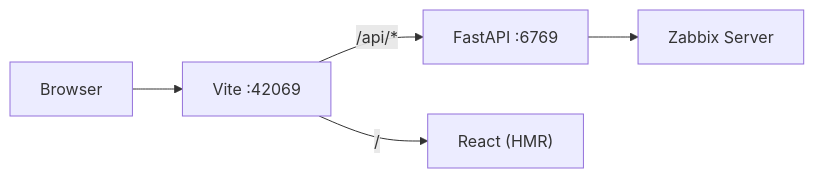
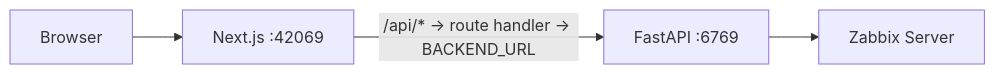
One commit to OpenClawXX/Zabbix_Portal changed the second of 7 diagrams in WORKFLOW.md. Above: the diagram before and after it, drawn with Mermaid. The commit also changed other lines of this file and 55 other files, not shown here.

````diff
--- a/WORKFLOW.md
+++ b/WORKFLOW.md
@@ -40,7 +38,6 @@
 ```mermaid
 flowchart LR
-    Browser --> Vite["Vite :42069"]
-    Vite -- "/api/*" --> FastAPI["FastAPI :6769"]
-    Vite -- "/" --> React["React (HMR)"]
+    Browser --> Frontend["Next.js :42069"]
+    Frontend -- "/api/* → route handler → BACKEND_URL" --> FastAPI["FastAPI :6769"]
     FastAPI --> Zabbix["Zabbix Server"]
 ```
````
